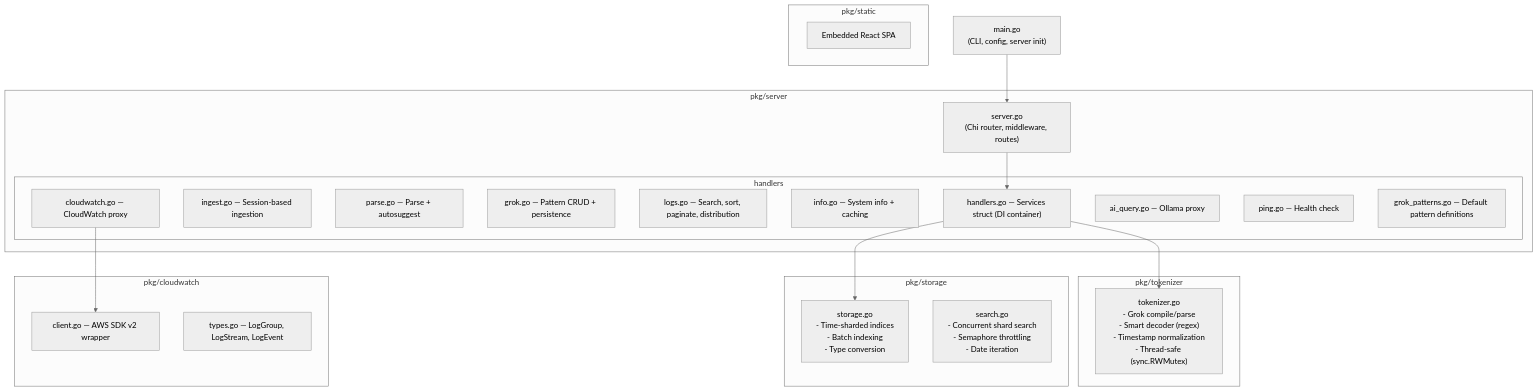
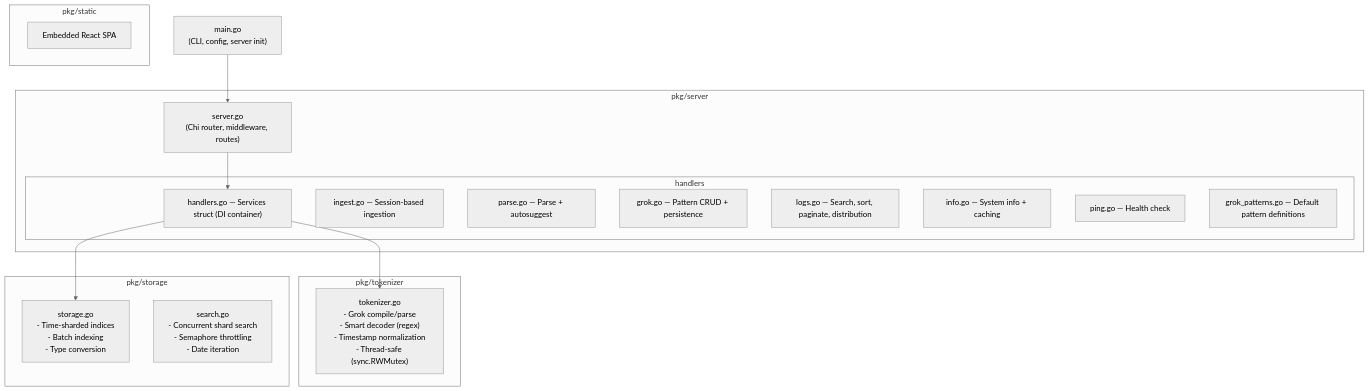
One commit to logsonic/logsonic changed the seventh of 8 diagrams in docs/System_Architecture.md. Above: the diagram before and after it, drawn with Mermaid (neutral theme). The commit also changed other lines of this file and 84 other files, not shown here.

````diff
--- a/docs/System_Architecture.md
+++ b/docs/System_Architecture.md
@@ -517,44 +399,36 @@
 ```mermaid
 graph TB
     Main["main.go<br/>(CLI, config, server init)"]
     
     subgraph "pkg/server"
         Server["server.go<br/>(Chi router, middleware, routes)"]
         subgraph "handlers"
             H_Handlers["handlers.go — Services struct (DI container)"]
             H_Ingest["ingest.go — Session-based ingestion"]
             H_Parse["parse.go — Parse + autosuggest"]
             H_Grok["grok.go — Pattern CRUD + persistence"]
             H_Logs["logs.go — Search, sort, paginate, distribution"]
             H_Info["info.go — System info + caching"]
-            H_CW["cloudwatch.go — CloudWatch proxy"]
-            H_AI["ai_query.go — Ollama proxy"]
             H_Ping["ping.go — Health check"]
             H_GrokPat["grok_patterns.go — Default pattern definitions"]
         end
     end
     
     subgraph "pkg/tokenizer"
         Tok["tokenizer.go<br/>- Grok compile/parse<br/>- Smart decoder (regex)<br/>- Timestamp normalization<br/>- Thread-safe (sync.RWMutex)"]
     end
     
     subgraph "pkg/storage"
         Store["storage.go<br/>- Time-sharded indices<br/>- Batch indexing<br/>- Type conversion"]
         Search_Go["search.go<br/>- Concurrent shard search<br/>- Semaphore throttling<br/>- Date iteration"]
     end
     
-    subgraph "pkg/cloudwatch"
-        CWClient["client.go — AWS SDK v2 wrapper"]
-        CWTypes["types.go — LogGroup, LogStream, LogEvent"]
-    end
-    
     subgraph "pkg/static"
         Embed["Embedded React SPA"]
     end
     
     Main --> Server
     Server --> H_Handlers
     H_Handlers --> Tok
     H_Handlers --> Store
-    H_CW --> CWClient
 ```
````
